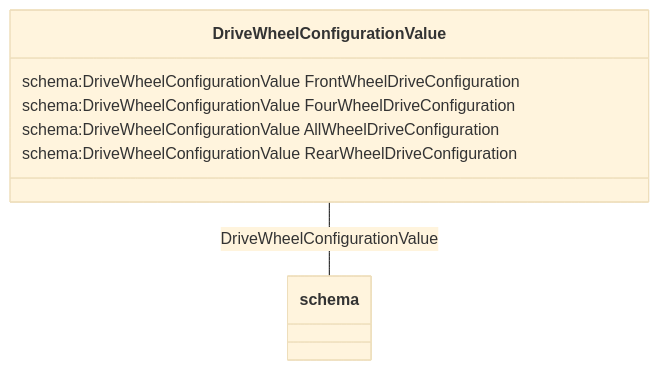
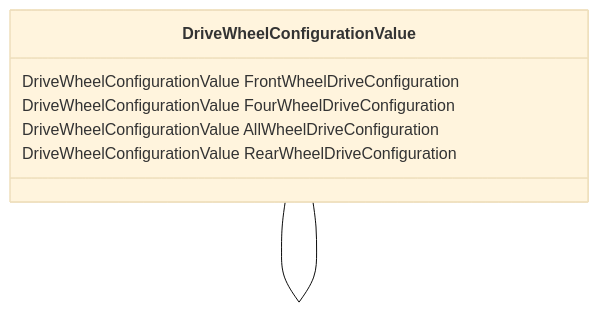
The diagram in datamodel-build/mermaid/DriveWheelConfigurationValue.mmd (codexstanford/Insurance-Payout-Ontology), drawn with Mermaid (base theme) before and after one commit. The commit also changed 3245 other files, not shown here.

Commit message:
Clean build with full schema

```diff
--- a/datamodel-build/mermaid/DriveWheelConfigurationValue.mmd
+++ b/datamodel-build/mermaid/DriveWheelConfigurationValue.mmd
@@ -1,12 +1,12 @@
 classDiagram
-  DriveWheelConfigurationValue -- schema:DriveWheelConfigurationValue
+  DriveWheelConfigurationValue -- DriveWheelConfigurationValue
 
 
 class DriveWheelConfigurationValue {
 
-  schema:DriveWheelConfigurationValue FrontWheelDriveConfiguration
-  schema:DriveWheelConfigurationValue FourWheelDriveConfiguration
-  schema:DriveWheelConfigurationValue AllWheelDriveConfiguration
-  schema:DriveWheelConfigurationValue RearWheelDriveConfiguration
+  DriveWheelConfigurationValue FrontWheelDriveConfiguration
+  DriveWheelConfigurationValue FourWheelDriveConfiguration
+  DriveWheelConfigurationValue AllWheelDriveConfiguration
+  DriveWheelConfigurationValue RearWheelDriveConfiguration
 
  }
```
